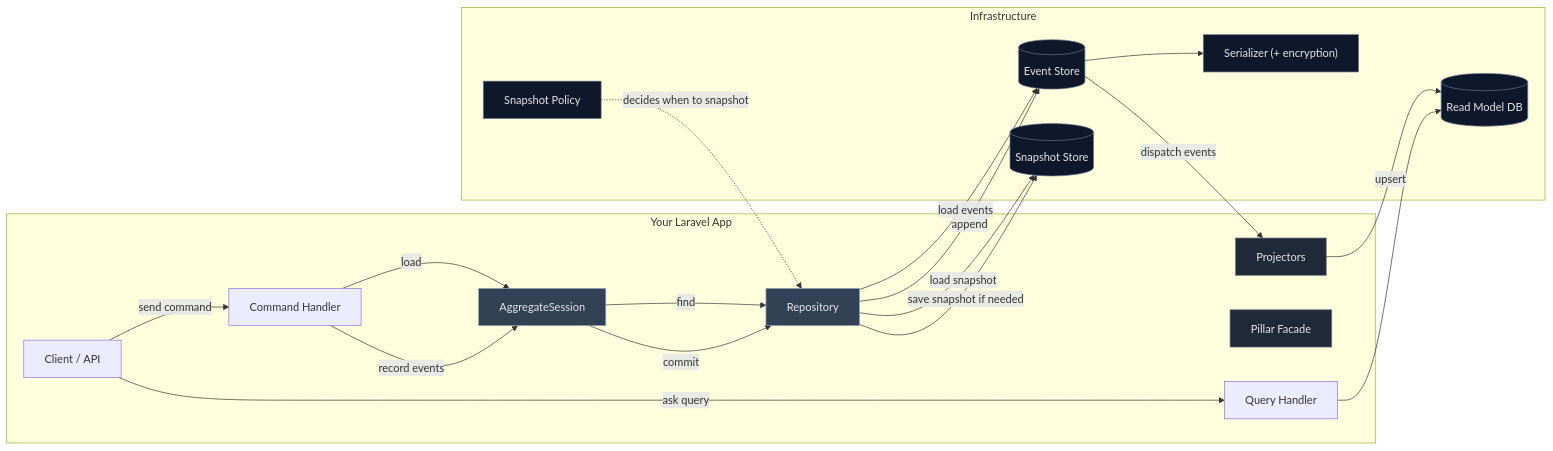
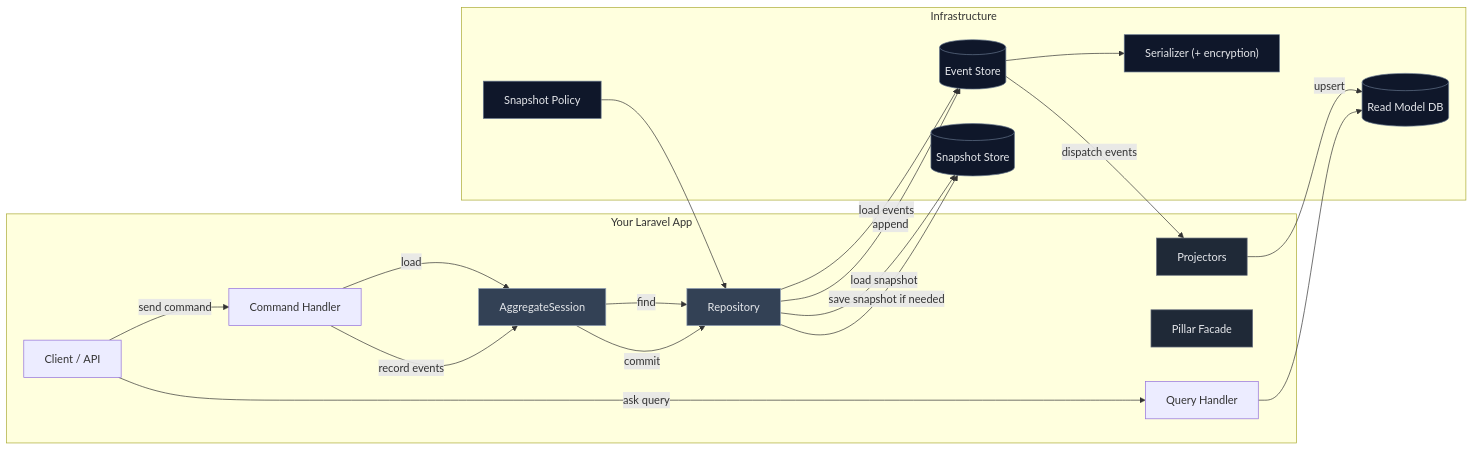
The diagram in docs/architecture/overview.md (edvin/pillar), drawn with Mermaid before and after one commit. The commit also changed other lines of this file, not shown here.

Commit message:
Fix mermaid diagram command not accepted by vitepress

````diff
--- a/docs/architecture/overview.md
+++ b/docs/architecture/overview.md
@@ -5,47 +5,47 @@
 ```mermaid
 flowchart LR
   subgraph App["Your Laravel App"]
     U["Client / API"]
     CH["Command Handler"]
     QH["Query Handler"]
     F["Pillar Facade"]
     S["AggregateSession"]
     R["Repository"]
     PJ["Projectors"]
   end
 
   subgraph Infra["Infrastructure"]
     ES[(Event Store)]
     SS[(Snapshot Store)]
     SP["Snapshot Policy"]
     SER["Serializer (+ encryption)"]
     DB[(Read Model DB)]
   end
 
   %% Command flow
   U -->|send command| CH
   CH -->|load| S
   S -->|find| R
   R -->|load snapshot| SS
   R -->|load events| ES
   ES --> SER
   CH -->|record events| S
   S -->|commit| R
   R -->|append| ES
   ES -->|dispatch events| PJ
   PJ -->|upsert| DB
-  SP -. decides when to snapshot .-> R
+  SP --> R
   R -->|save snapshot if needed| SS
 
   %% Query flow
   U -->|ask query| QH
   QH --> DB
 
   classDef core fill:#334155,stroke:#94a3b8,color:#e5e7eb
   classDef infra fill:#0f172a,stroke:#64748b,color:#e5e7eb
   classDef secondary fill:#1f2937,stroke:#6b7280,color:#e5e7eb
 
   class S,R core
   class ES,SS,SP,SER,DB infra
   class F,PJ secondary
 ```
````
